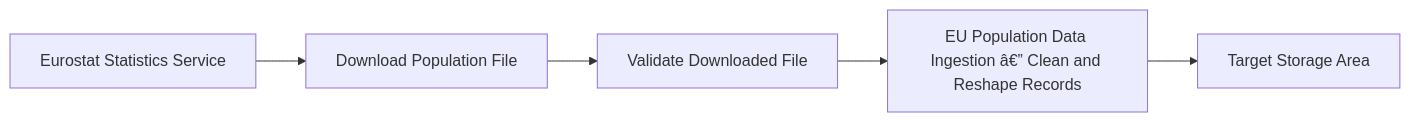
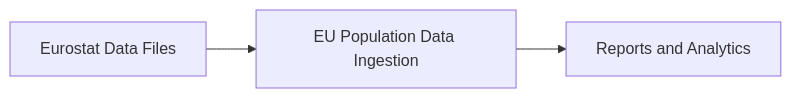
The diagram in output/EU Population Data Ingestion.md (scardoso-lu/fabric-business-doc-agent), drawn with Mermaid before and after one commit. The commit also changed other lines of this file and 29 other files, not shown here.

````diff
--- a/output/EU Population Data Ingestion.md
+++ b/output/EU Population Data Ingestion.md
@@ -25,7 +24,4 @@
 ```mermaid
 flowchart LR
-    Eurostat[Eurostat Statistics Service] --> Download[Download Population File]
-    Download --> Validate[Validate Downloaded File]
-    Validate --> Transform[EU Population Data Ingestion â€” Clean and Reshape Records]
-    Transform --> Output[Target Storage Area]
+    EurostatData[Eurostat Data Files] --> EUPopulationDataIngestion[EU Population Data Ingestion] --> DownstreamReports[Reports and Analytics]
 ```
````
